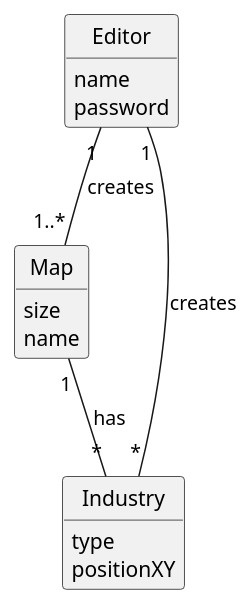
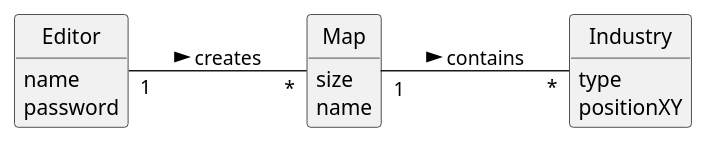
The diagram in docsFinais/US002/02.analysis/puml/US002-DM.puml (1240935/pi2-railway-simulator), drawn with PlantUML before and after one commit. The commit also changed 31 other files, not shown here.

```diff
--- a/docsFinais/US002/02.analysis/puml/US002-DM.puml
+++ b/docsFinais/US002/02.analysis/puml/US002-DM.puml
@@ -1,31 +1,30 @@
 @startuml
 skinparam monochrome true
 skinparam packageStyle rectangle
 skinparam shadowing false
-
+'skinparam linetype ortho
+'left to right direction
 skinparam classAttributeIconSize 0
-
 hide circle
 hide methods
 
+left to right direction
 
 class Editor {
     name
     password
 }
 
 class Map {
     size
     name
 }
 
 class Industry {
     type
     positionXY
 }
 
-
-Editor "1" -- "1..*" Map: creates
-Map "1" -- "*" Industry: has
-Editor "1" -- "*" Industry: creates
+Editor "1" -- "*" Map: creates >
+Map "1" -- "*" Industry: contains >
 @enduml
```
